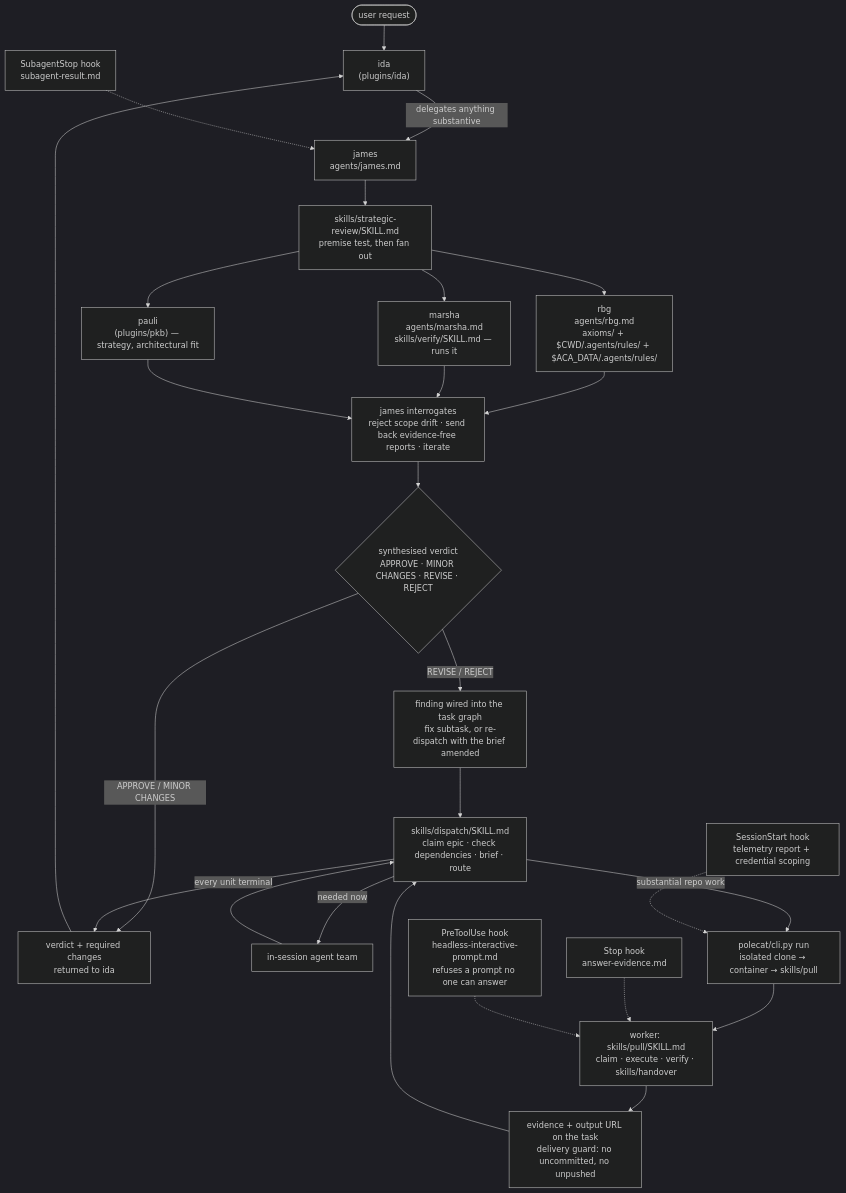
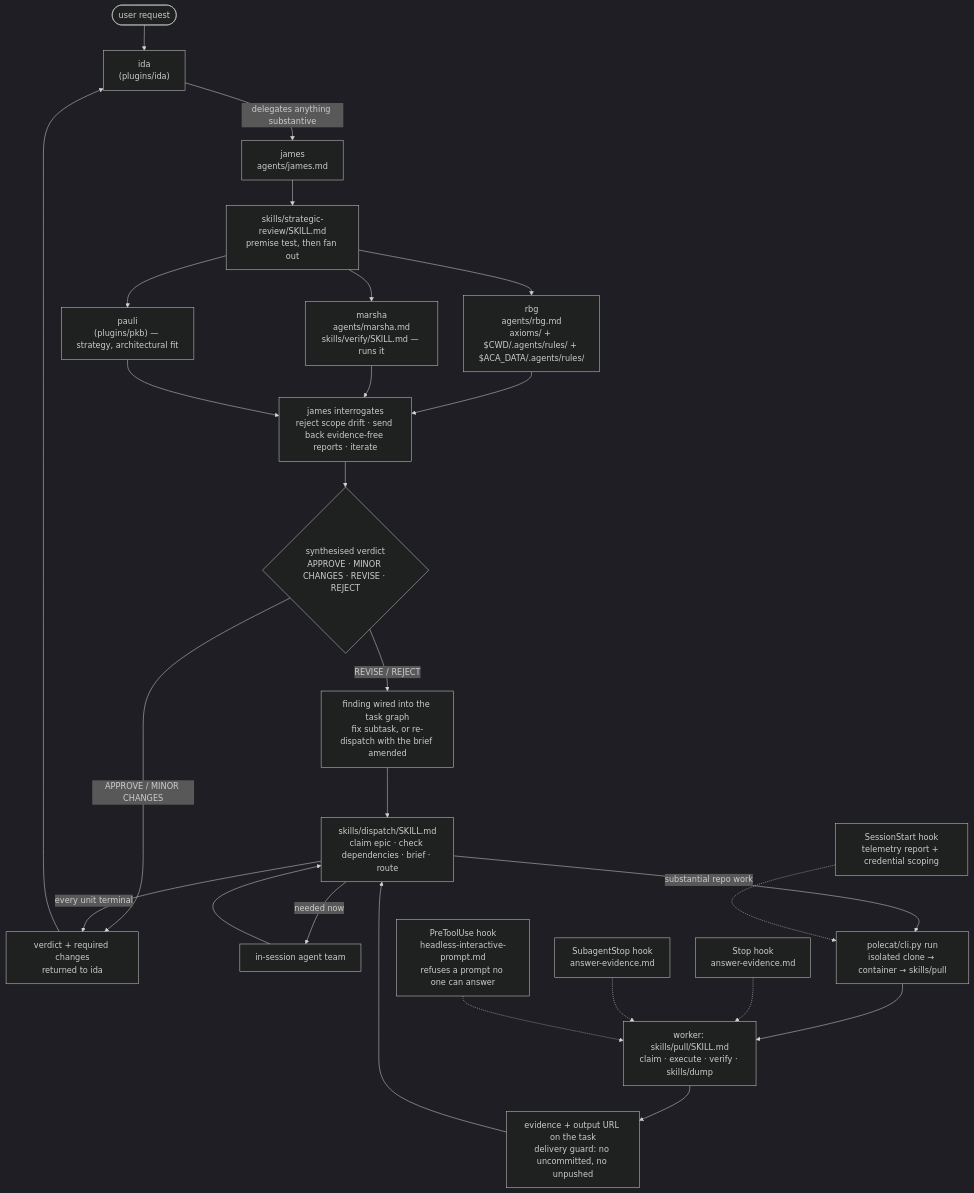
One commit to nicsuzor/academicOps changed the diagram in plugins/aops/README.md. Above: the diagram before and after it, drawn with Mermaid (dark theme). The commit also changed other lines of this file and 67 other files, not shown here.

````diff
--- a/plugins/aops/README.md
+++ b/plugins/aops/README.md
@@ -5,34 +5,34 @@
 ```mermaid
 flowchart TD
     U([user request]) --> IDA["ida<br/>(plugins/ida)"]
     IDA -->|delegates anything substantive| J["james<br/>agents/james.md"]
 
     J --> SR["skills/strategic-review/SKILL.md<br/>premise test, then fan out"]
     SR --> R1["rbg<br/>agents/rbg.md<br/>axioms/ + $CWD/.agents/rules/ + $ACA_DATA/.agents/rules/"]
     SR --> R2["marsha<br/>agents/marsha.md<br/>skills/verify/SKILL.md — runs it"]
     SR --> R3["pauli<br/>(plugins/pkb) — strategy, architectural fit"]
 
     R1 --> INT
     R2 --> INT
     R3 --> INT["james interrogates<br/>reject scope drift · send back evidence-free reports · iterate"]
 
     INT --> V{"synthesised verdict<br/>APPROVE · MINOR CHANGES · REVISE · REJECT"}
     V -->|APPROVE / MINOR CHANGES| BACK["verdict + required changes<br/>returned to ida"]
     V -->|REVISE / REJECT| BRIEF["finding wired into the task graph<br/>fix subtask, or re-dispatch with the brief amended"]
 
     BRIEF --> D["skills/dispatch/SKILL.md<br/>claim epic · check dependencies · brief · route"]
     D -->|needed now| TEAM["in-session agent team"]
     D -->|substantial repo work| PC["polecat/cli.py run<br/>isolated clone → container → skills/pull"]
 
-    PC --> W["worker: skills/pull/SKILL.md<br/>claim · execute · verify · skills/handover"]
+    PC --> W["worker: skills/pull/SKILL.md<br/>claim · execute · verify · skills/dump"]
     W --> SIDE["evidence + output URL on the task<br/>delivery guard: no uncommitted, no unpushed"]
     SIDE --> D
     TEAM --> D
     D -->|every unit terminal| BACK
     BACK --> IDA
 
     H1["SessionStart hook<br/>telemetry report + credential scoping"] -.-> PC
     H2["Stop hook<br/>answer-evidence.md"] -.-> W
-    H3["SubagentStop hook<br/>subagent-result.md"] -.-> J
+    H3["SubagentStop hook<br/>answer-evidence.md"] -.-> W
     H4["PreToolUse hook<br/>headless-interactive-prompt.md<br/>refuses a prompt no one can answer"] -.-> W
 ```
````
